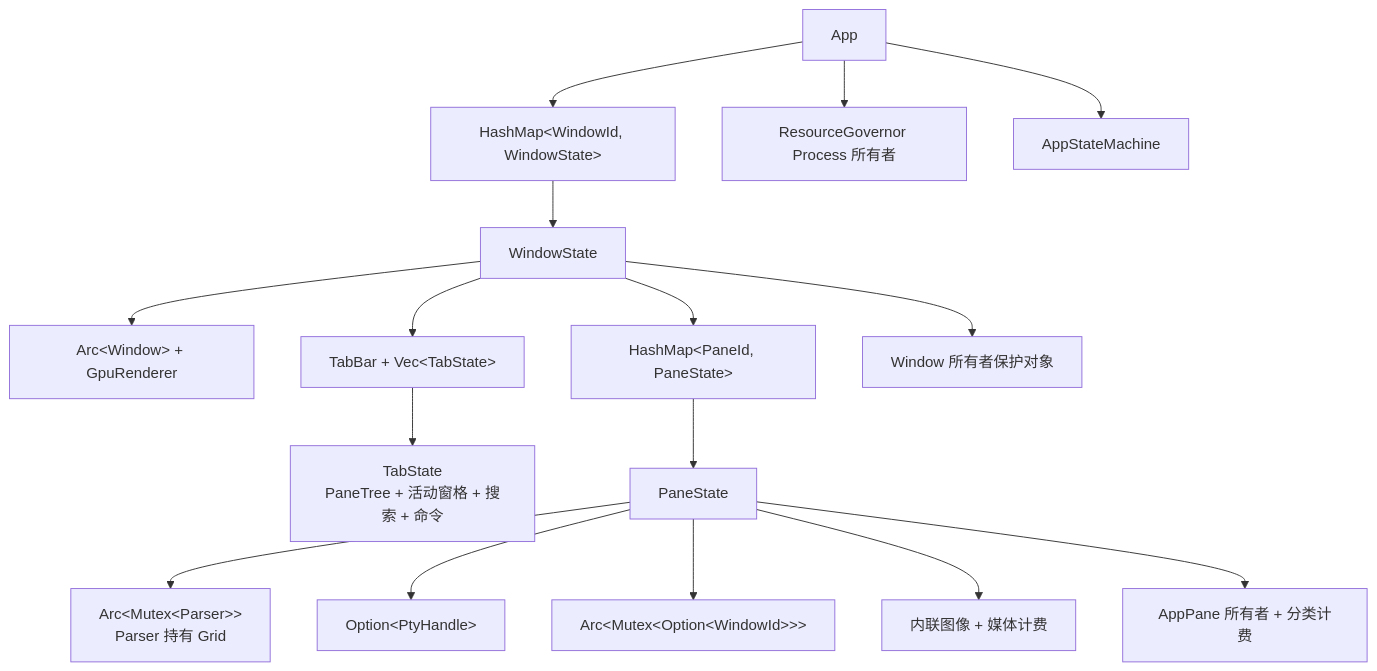
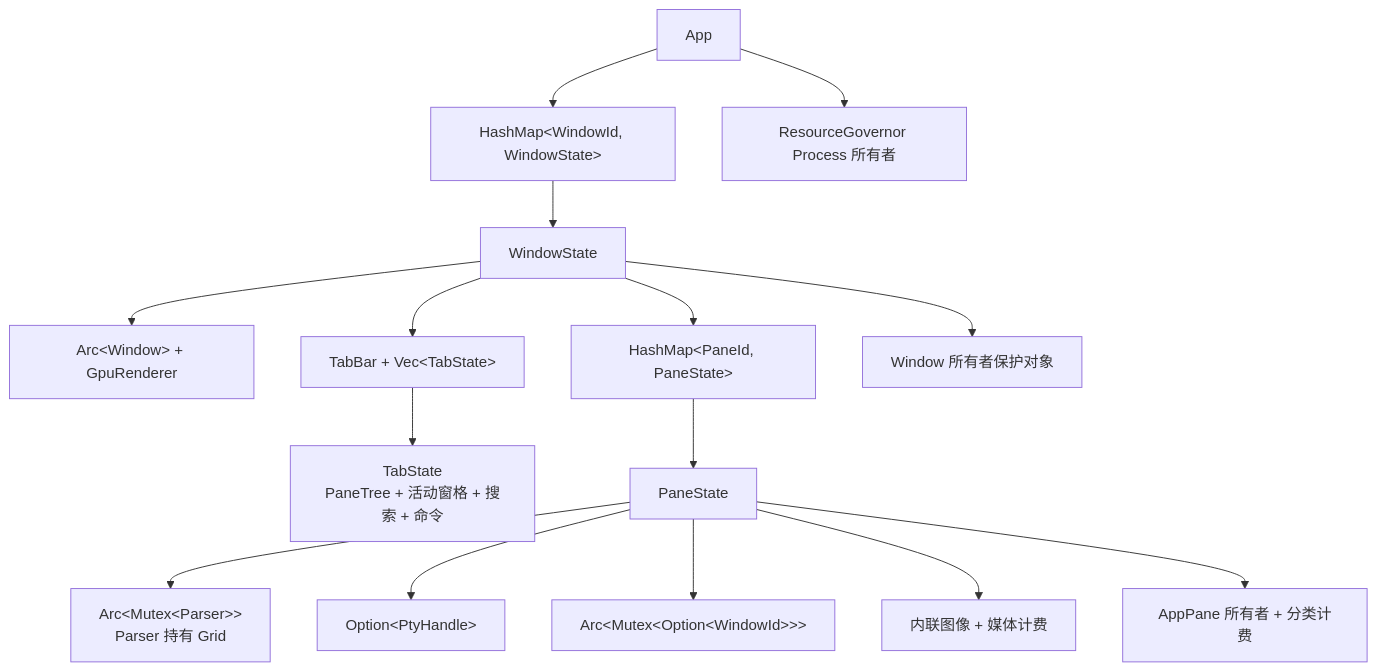
Before and after one commit to D0n9X1n/SonicTerm: the second of 3 diagrams in wiki/Runtime-Lifecycle-zh-CN.md, drawn with Mermaid. The commit also changed other lines of this file and 458 other files, not shown here.

````diff
--- a/wiki/Runtime-Lifecycle-zh-CN.md
+++ b/wiki/Runtime-Lifecycle-zh-CN.md
@@ -133,18 +131,17 @@
 ```mermaid
 flowchart TD
     app["App"] --> windows["HashMap&lt;WindowId, WindowState&gt;"]
     app --> process["ResourceGovernor Process 所有者"]
-    app --> machine["AppStateMachine"]
     windows --> window["WindowState"]
     window --> native["Arc&lt;Window&gt; + GpuRenderer"]
     window --> tabs["TabBar + Vec&lt;TabState&gt;"]
     window --> panes["HashMap&lt;PaneId, PaneState&gt;"]
     window --> winowner["Window 所有者保护对象"]
     tabs --> tab["TabState<br/>PaneTree + 活动窗格 + 搜索 + 命令"]
     panes --> pane["PaneState"]
     pane --> parser["Arc&lt;Mutex&lt;Parser&gt;&gt;<br/>Parser 持有 Grid"]
     pane --> pty["Option&lt;PtyHandle&gt;"]
     pane --> redraw["Arc&lt;Mutex&lt;Option&lt;WindowId&gt;&gt;&gt;"]
     pane --> media["内联图像 + 媒体计费"]
     pane --> paneowner["AppPane 所有者 + 分类计费"]
 ```
````
